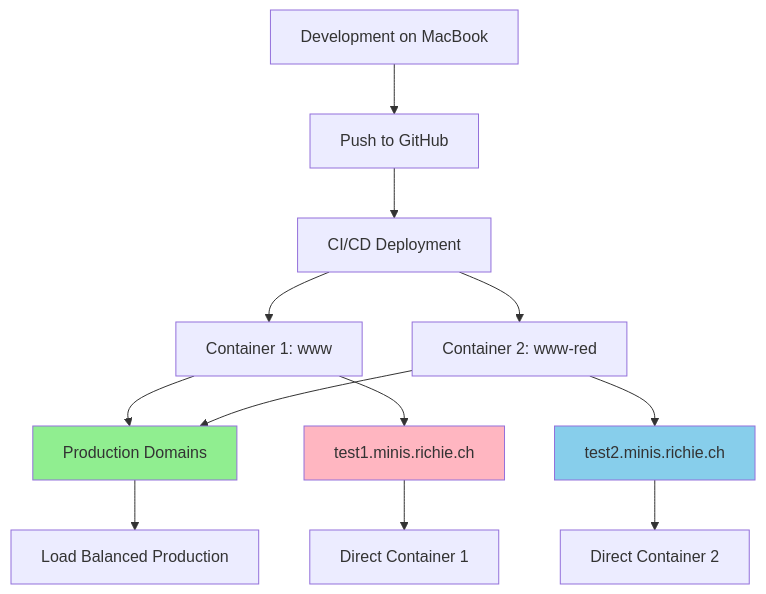
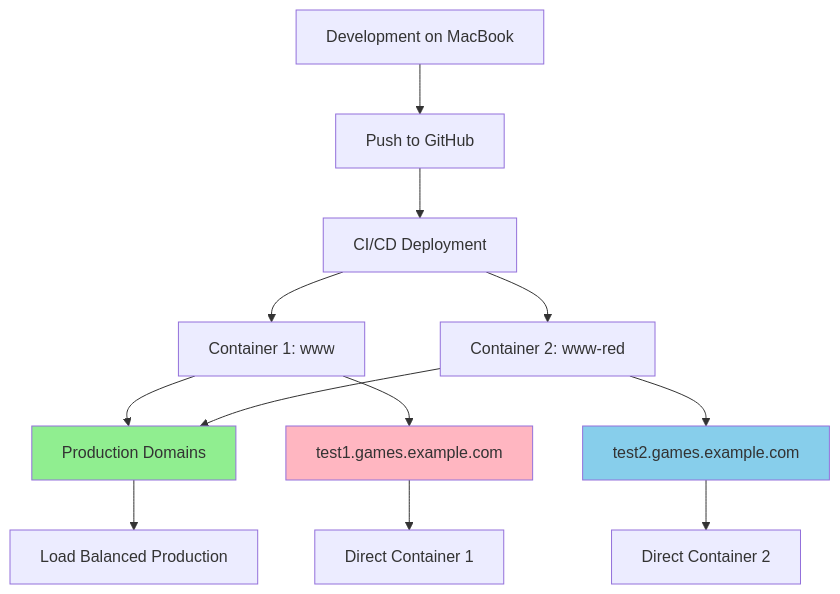
One commit to rheiger/richie-games-collection changed the diagram in ARCHITECTURE.md. Above: the diagram before and after it, drawn with Mermaid. The commit also changed other lines of this file and 14 other files, not shown here.

````diff
--- a/ARCHITECTURE.md
+++ b/ARCHITECTURE.md
@@ -124,20 +124,20 @@
 ```mermaid
 graph TD
     A[Development on MacBook] --> B[Push to GitHub]
     B --> C[CI/CD Deployment]
     C --> D[Container 1: www]
     C --> E[Container 2: www-red]
 
     D --> F[Production Domains]
-    D --> G[test1.minis.richie.ch]
+    D --> G[test1.games.example.com]
     E --> F
-    E --> H[test2.minis.richie.ch]
+    E --> H[test2.games.example.com]
 
     F --> I[Load Balanced Production]
     G --> J[Direct Container 1]
     H --> K[Direct Container 2]
 
     style F fill:#90EE90
     style G fill:#FFB6C1
     style H fill:#87CEEB
 ```
````
